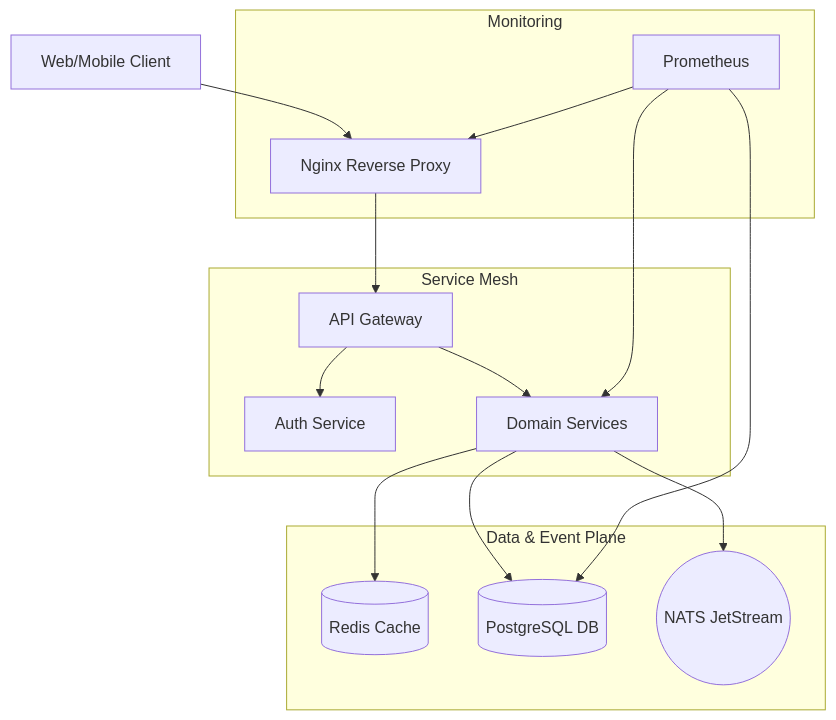
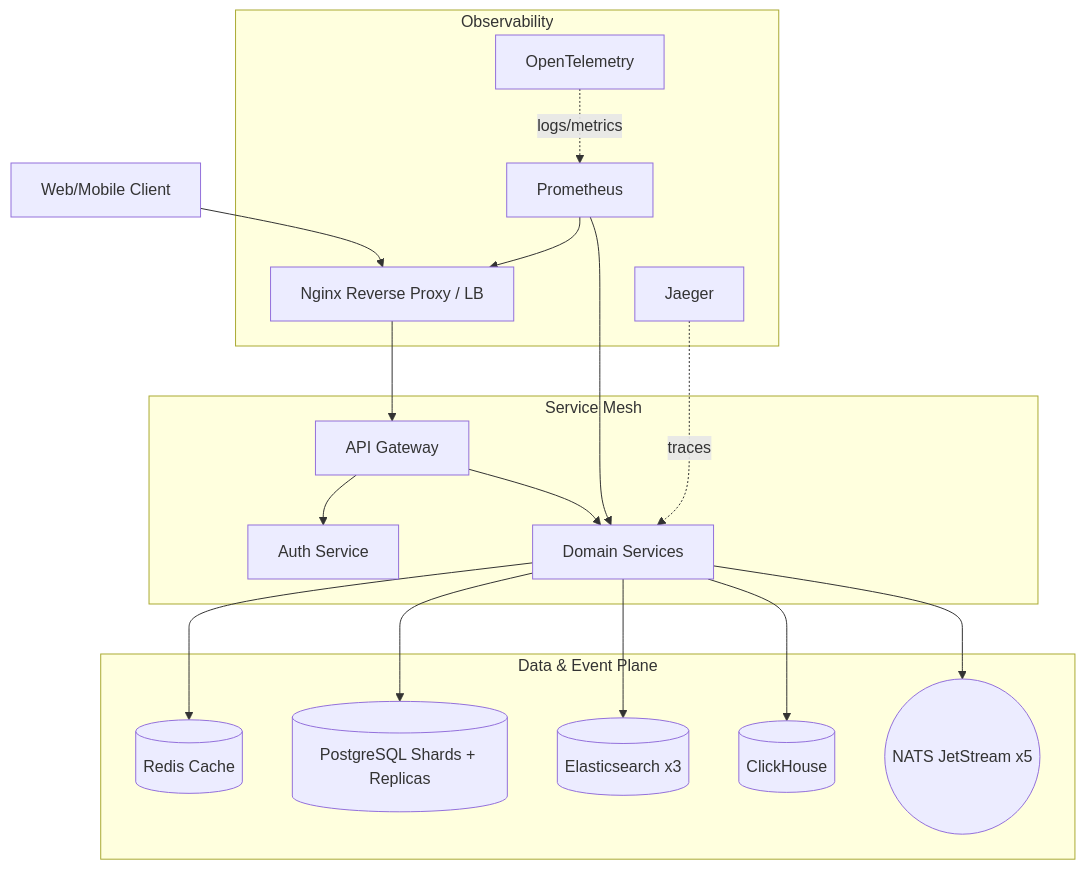
One commit to RajdeepDevelopment/skyline-shop-commerceos-microservices changed the diagram in docs/infrastructure/README.md. Above: the diagram before and after it, drawn with Mermaid. The commit also changed other lines of this file and 47 other files, not shown here.

````diff
--- a/docs/infrastructure/README.md
+++ b/docs/infrastructure/README.md
@@ -22,22 +23,25 @@
 ```mermaid
 graph TD
-    Client[Web/Mobile Client] --> Nginx[Nginx Reverse Proxy]
+    Client[Web/Mobile Client] --> Nginx[Nginx Reverse Proxy / LB]
     Nginx --> Gateway[API Gateway]
 
     subgraph "Service Mesh"
         Gateway --> Auth[Auth Service]
         Gateway --> Services[Domain Services]
     end
 
     subgraph "Data & Event Plane"
         Services --> Redis[(Redis Cache)]
-        Services --> DB[(PostgreSQL DB)]
-        Services --> NATS((NATS JetStream))
+        Services --> DB[(PostgreSQL Shards + Replicas)]
+        Services --> ES[(Elasticsearch x3)]
+        Services --> CH[(ClickHouse)]
+        Services --> NATS((NATS JetStream x5))
     end
 
-    subgraph "Monitoring"
+    subgraph "Observability"
         Prom[Prometheus] --> Nginx
         Prom --> Services
-        Prom --> DB
+        Jaeger[Jaeger] -. traces .-> Services
+        OTel[OpenTelemetry] -. logs/metrics .-> Prom
     end
 ```
````
